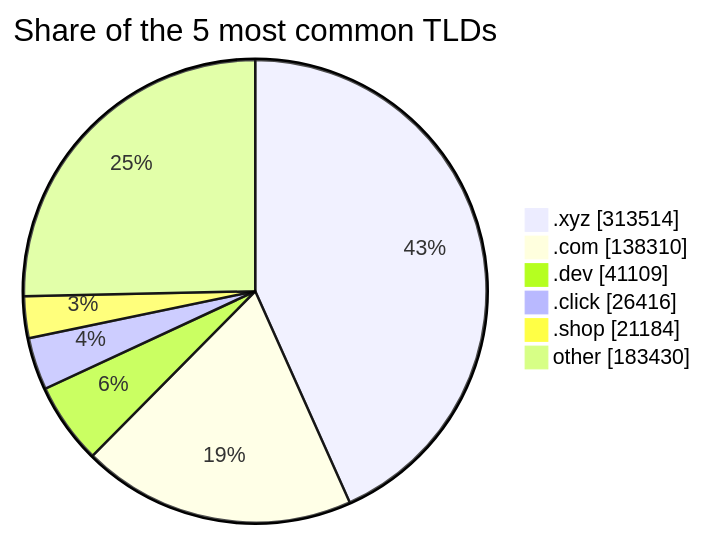
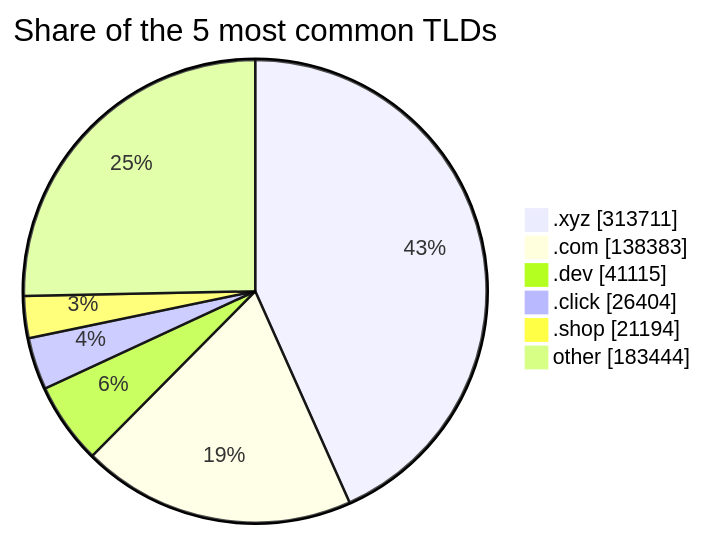
The third of 3 diagrams in README.md (DNSBunker/CTI), drawn with Mermaid before and after one commit. The commit also changed other lines of this file and 3 other files, not shown here.

````diff
--- a/README.md
+++ b/README.md
@@ -81,9 +81,9 @@
 ```mermaid
 pie showData title Share of the 5 most common TLDs
-    ".xyz" : 313514
-    ".com" : 138310
-    ".dev" : 41109
-    ".click" : 26416
-    ".shop" : 21184
-    "other" : 183430
+    ".xyz" : 313711
+    ".com" : 138383
+    ".dev" : 41115
+    ".click" : 26404
+    ".shop" : 21194
+    "other" : 183444
 ```
````
